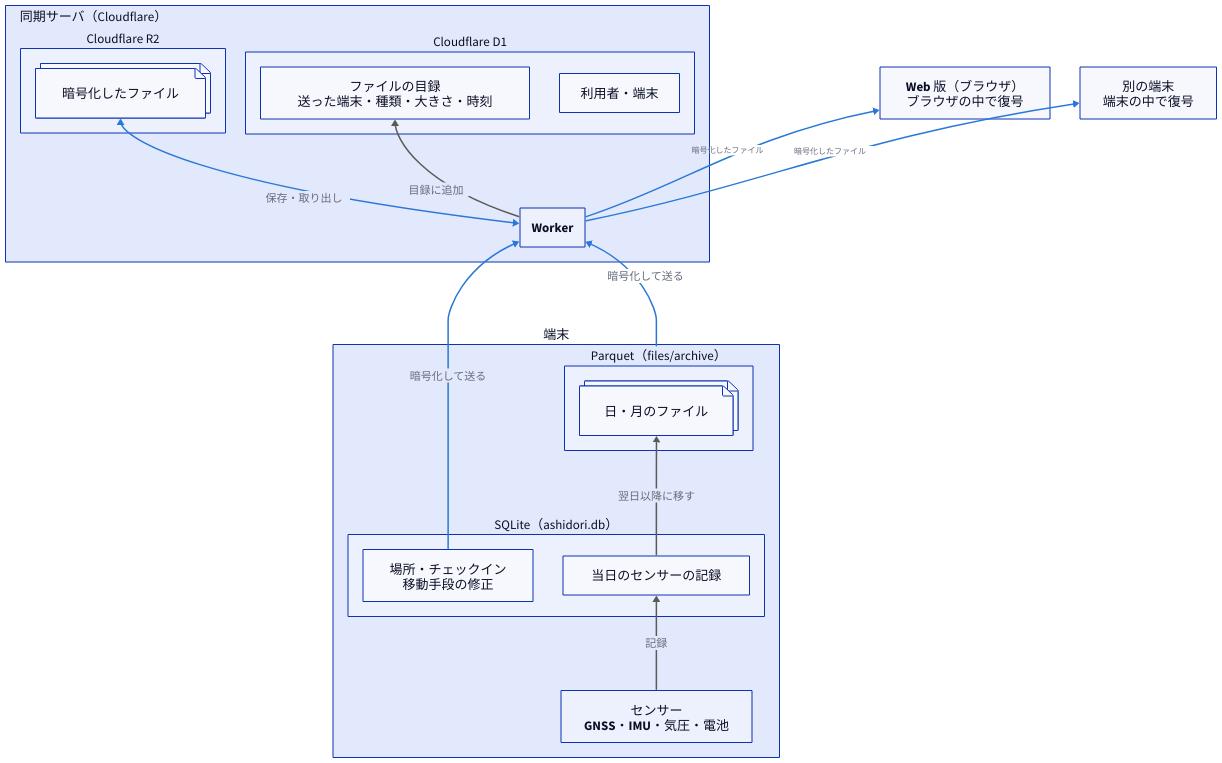
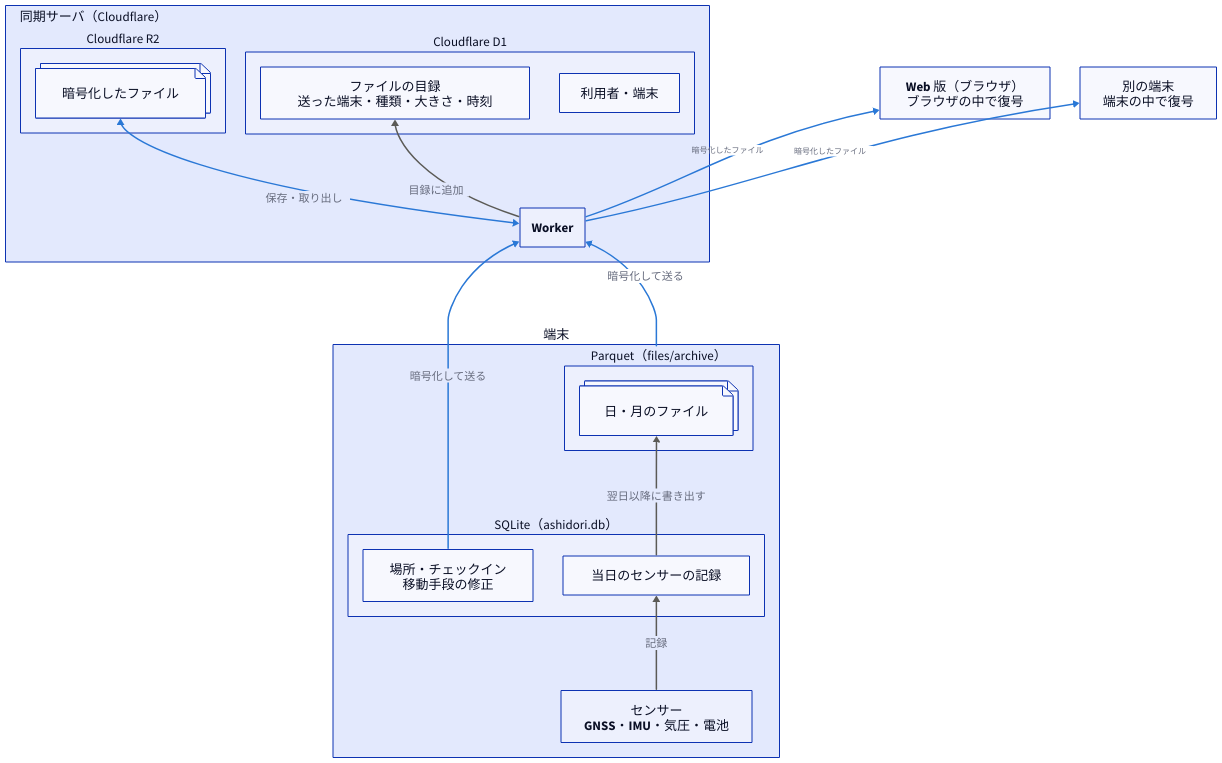
One commit to sksat/ashidori changed the diagram in docs/diagrams/data-flow.d2. Above: the diagram before and after it, drawn with D2. The commit also changed 2 other files, not shown here.

Commit message:
README diagram: 書き出す for the day's records going to Parquet
Claude-Session: https://claude.ai/code/session_017t1ggPhSxMpk4m7mc72YJC

```diff
--- a/docs/diagrams/data-flow.d2
+++ b/docs/diagrams/data-flow.d2
@@ -1,59 +1,59 @@
 # データフロー（README）
 # 端末は記録を暗号化したファイルにして送り、同期サーバは暗号化したファイルと
 # その目録だけを持つ。復号できるのは利用者の端末とペアリングしたブラウザだけ。
 direction: up
 
 *.style.font-size: 26
 *.*.style.font-size: 26
 *.*.*.style.font-size: 26
 (** -> **)[*].style.font-size: 22
 (** <-> **)[*].style.font-size: 22
 
 # Every arrow points the way the data moves: written on the device, or sent
 # encrypted over the network.
 classes: {
   local: {style: {stroke: "#5b5a56"; stroke-width: 3}}
   encrypted: {style: {stroke: "#2a78d6"; stroke-width: 3}}
 }
 
 phone: 端末 {
   sensors: "センサー\nGNSS・IMU・気圧・電池"
 
   # One database (ashidori.db); its tables are rectangles.
   sqlite: "SQLite（ashidori.db）" {
     today: 当日のセンサーの記録
     edits: "場所・チェックイン\n移動手段の修正"
   }
 
   parquet: "Parquet（files/archive）" {
     files: 日・月のファイル {shape: page; style.multiple: true}
   }
 
   sensors -> sqlite.today: 記録 {class: local}
-  sqlite.today -> parquet.files: 翌日以降に移す {class: local}
+  sqlite.today -> parquet.files: 翌日以降に書き出す {class: local}
 }
 
 cf: 同期サーバ（Cloudflare） {
   label.near: top-left
   worker: Worker
 
   r2: Cloudflare R2 {
     batches: 暗号化したファイル {shape: page; style.multiple: true}
   }
 
   d1: Cloudflare D1 {
     index: "ファイルの目録\n送った端末・種類・大きさ・時刻"
     accounts: "利用者・端末"
   }
 
   worker <-> r2.batches: 保存・取り出し {class: encrypted}
   worker -> d1.index: 目録に追加 {class: local}
 }
 
 web: "Web 版（ブラウザ）\nブラウザの中で復号"
 other: "別の端末\n端末の中で復号"
 
 phone.sqlite.edits -> cf.worker: 暗号化して送る {class: encrypted}
 phone.parquet -> cf.worker: 暗号化して送る {class: encrypted}
 web <- cf.worker: 暗号化したファイル {class: encrypted}
 other <- cf.worker: 暗号化したファイル {class: encrypted}
```
